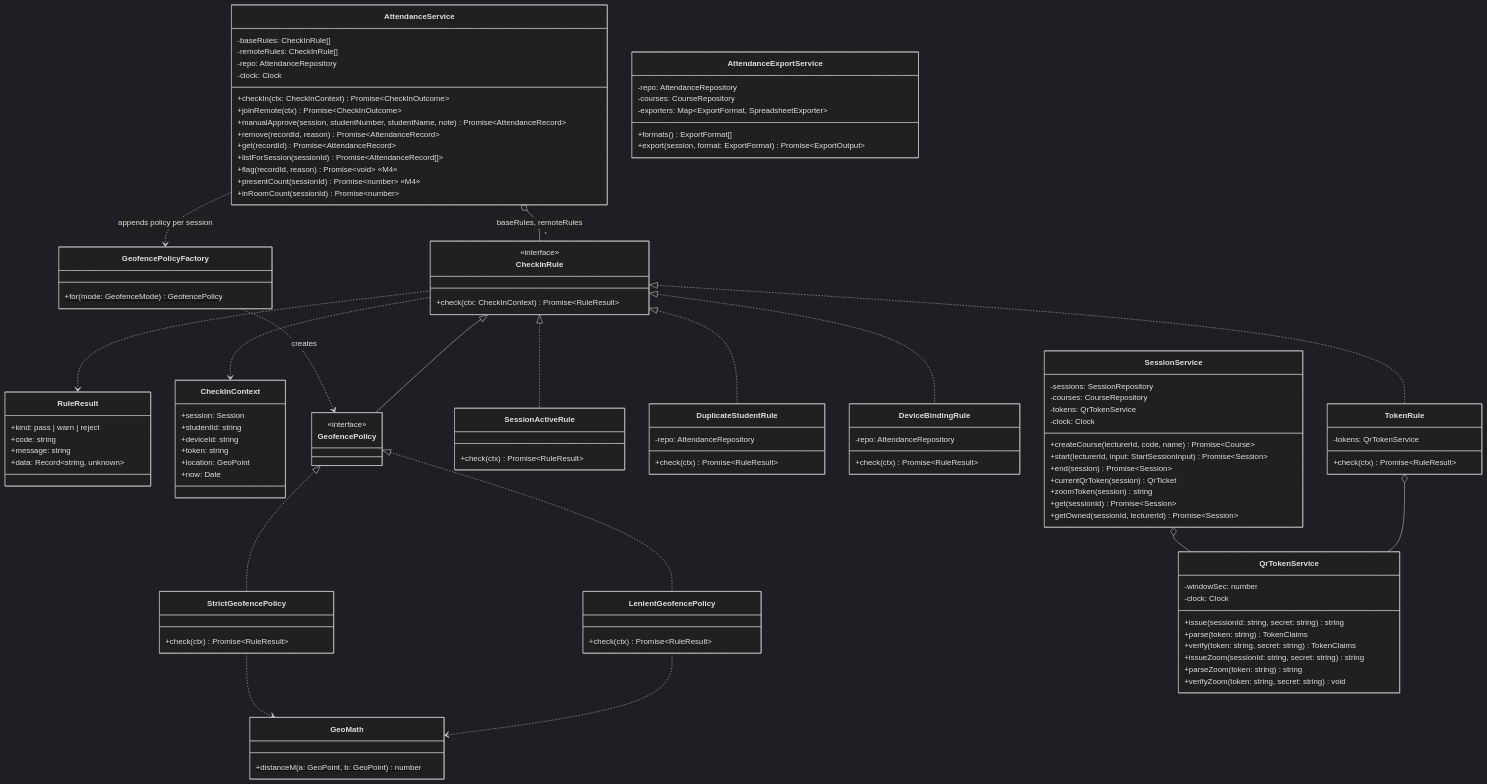
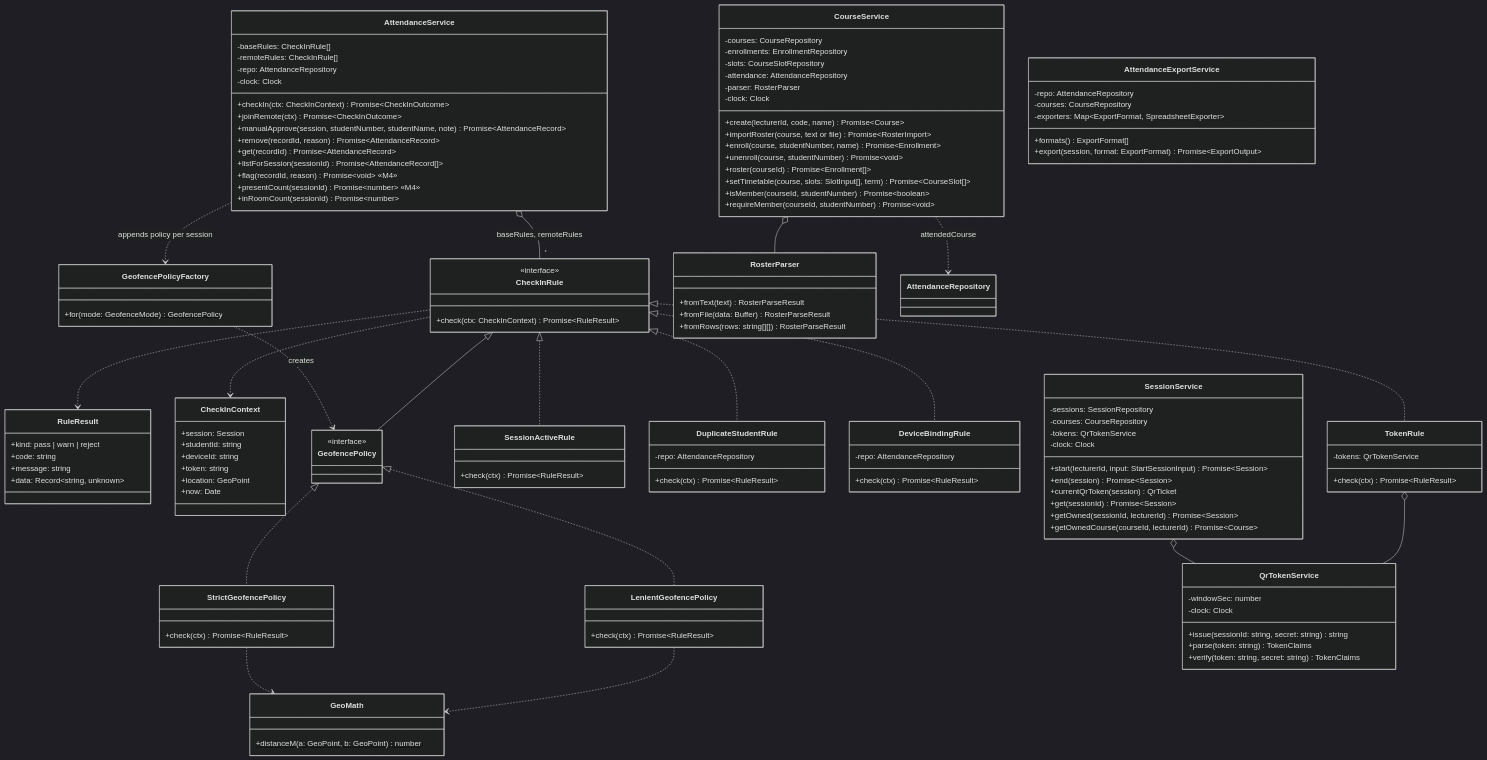
The third of 8 diagrams in docs/06-class-diagrams.md (GiladApel/classpulse), drawn with Mermaid (dark theme) before and after one commit. The commit also changed other lines of this file, not shown here.

Commit message:
docs(edd): class diagrams for CourseService, RosterParser, roster and timetable repositories, CourseController

```diff
--- a/docs/06-class-diagrams.md
+++ b/docs/06-class-diagrams.md
@@ -317,9 +332,6 @@
     +issue(sessionId: string, secret: string) string
     +parse(token: string) TokenClaims
     +verify(token: string, secret: string) TokenClaims
-    +issueZoom(sessionId: string, secret: string) string
-    +parseZoom(token: string) string
-    +verifyZoom(token: string, secret: string) void
   }
   class AttendanceService {
     -baseRules: CheckInRule[]
@@ -341,13 +353,33 @@
     -courses: CourseRepository
     -tokens: QrTokenService
     -clock: Clock
-    +createCourse(lecturerId, code, name) Promise~Course~
     +start(lecturerId, input: StartSessionInput) Promise~Session~
     +end(session) Promise~Session~
     +currentQrToken(session) QrTicket
-    +zoomToken(session) string
     +get(sessionId) Promise~Session~
     +getOwned(sessionId, lecturerId) Promise~Session~
+    +getOwnedCourse(courseId, lecturerId) Promise~Course~
+  }
+  class CourseService {
+    -courses: CourseRepository
+    -enrollments: EnrollmentRepository
+    -slots: CourseSlotRepository
+    -attendance: AttendanceRepository
+    -parser: RosterParser
+    -clock: Clock
+    +create(lecturerId, code, name) Promise~Course~
+    +importRoster(course, text or file) Promise~RosterImport~
+    +enroll(course, studentNumber, name) Promise~Enrollment~
+    +unenroll(course, studentNumber) Promise~void~
+    +roster(courseId) Promise~Enrollment[]~
+    +setTimetable(course, slots: SlotInput[], term) Promise~CourseSlot[]~
+    +isMember(courseId, studentNumber) Promise~boolean~
+    +requireMember(courseId, studentNumber) Promise~void~
+  }
+  class RosterParser {
+    +fromText(text) RosterParseResult
+    +fromFile(data: Buffer) RosterParseResult
+    +fromRows(rows: string[][]) RosterParseResult
   }
   class AttendanceExportService {
     -repo: AttendanceRepository
@@ -370,6 +402,8 @@
   TokenRule o-- QrTokenService
   SessionService o-- QrTokenService
   AttendanceService o-- "*" CheckInRule : baseRules, remoteRules
+  CourseService o-- RosterParser
+  CourseService ..> AttendanceRepository : attendedCourse
   AttendanceService ..> GeofencePolicyFactory : appends policy per session
   CheckInRule ..> CheckInContext
   CheckInRule ..> RuleResult
```
